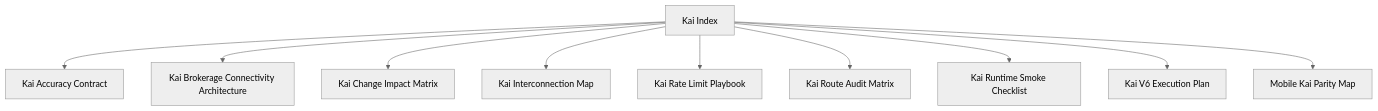
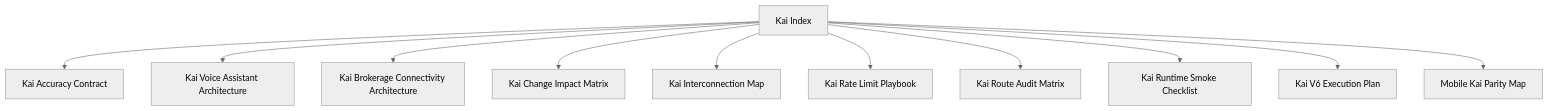
The diagram in docs/reference/kai/README.md (hushh-labs/hushh-research), drawn with Mermaid (neutral theme) before and after one commit. The commit also changed other lines of this file and 38 other files, not shown here.

Commit message:
feat(voice): close loop planning and analysis flows

````diff
--- a/docs/reference/kai/README.md
+++ b/docs/reference/kai/README.md
@@ -6,22 +6,24 @@
 ```mermaid
 flowchart TD
   root["Kai Index"]
   n1["Kai Accuracy Contract"]
   root --> n1
+  n10["Kai Voice Assistant Architecture"]
+  root --> n10
   n2["Kai Brokerage Connectivity Architecture"]
   root --> n2
   n3["Kai Change Impact Matrix"]
   root --> n3
   n4["Kai Interconnection Map"]
   root --> n4
   n5["Kai Rate Limit Playbook"]
   root --> n5
   n6["Kai Route Audit Matrix"]
   root --> n6
   n7["Kai Runtime Smoke Checklist"]
   root --> n7
   n8["Kai V6 Execution Plan"]
   root --> n8
   n9["Mobile Kai Parity Map"]
   root --> n9
 ```
````
